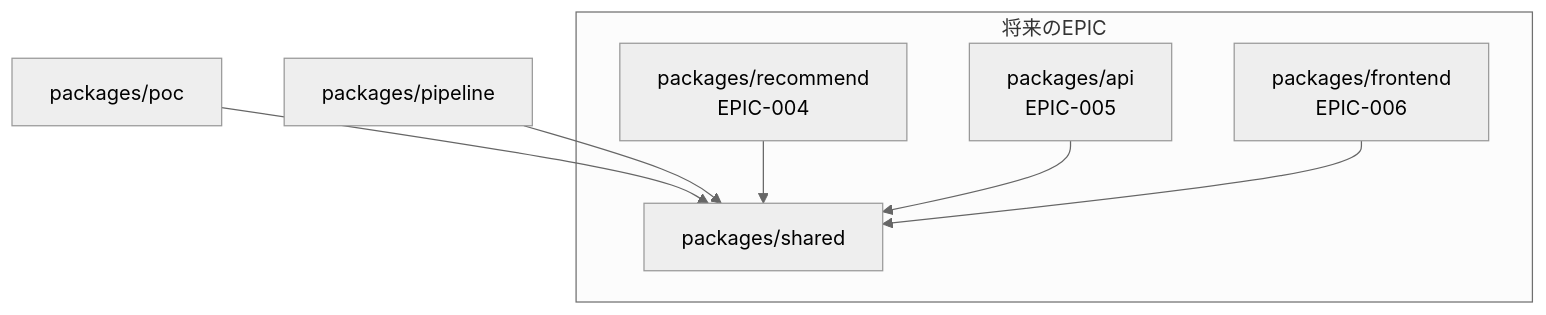
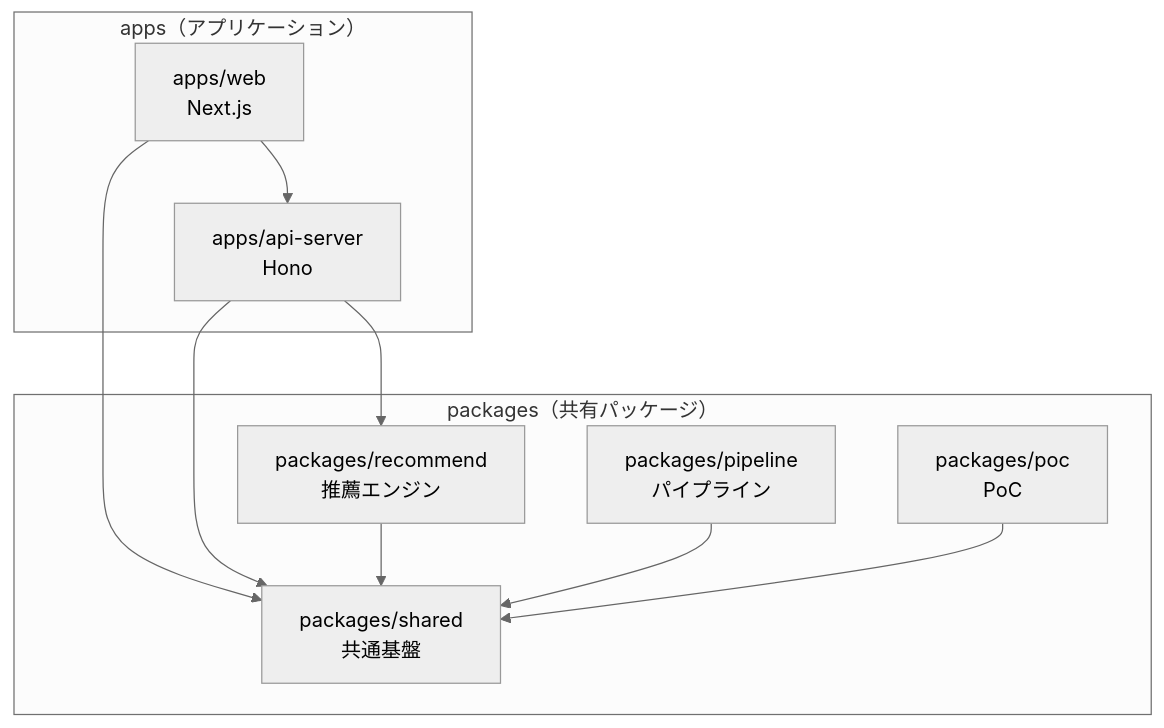
Before and after one commit to Sn005/recommend-scp: the diagram in docs/package-structure.md, drawn with Mermaid (neutral theme). The commit also changed other lines of this file, not shown here.

````diff
--- a/docs/package-structure.md
+++ b/docs/package-structure.md
@@ -114,11 +226,22 @@
 ```mermaid
 graph TB
-    POC[packages/poc] --> SHARED[packages/shared]
-    PIPELINE[packages/pipeline] --> SHARED
+    subgraph "apps（アプリケーション）"
+        WEB[apps/web<br>Next.js]
+        API[apps/api-server<br>Hono]
+    end
 
-    subgraph "将来のEPIC"
-        RECOMMEND[packages/recommend<br>EPIC-004] --> SHARED
-        API[packages/api<br>EPIC-005] --> SHARED
-        FRONTEND[packages/frontend<br>EPIC-006] --> SHARED
+    subgraph "packages（共有パッケージ）"
+        SHARED[packages/shared<br>共通基盤]
+        PIPELINE[packages/pipeline<br>パイプライン]
+        RECOMMEND[packages/recommend<br>推薦エンジン]
+        POC[packages/poc<br>PoC]
     end
+
+    WEB --> API
+    WEB --> SHARED
+    API --> SHARED
+    API --> RECOMMEND
+    RECOMMEND --> SHARED
+    PIPELINE --> SHARED
+    POC --> SHARED
 ```
````
